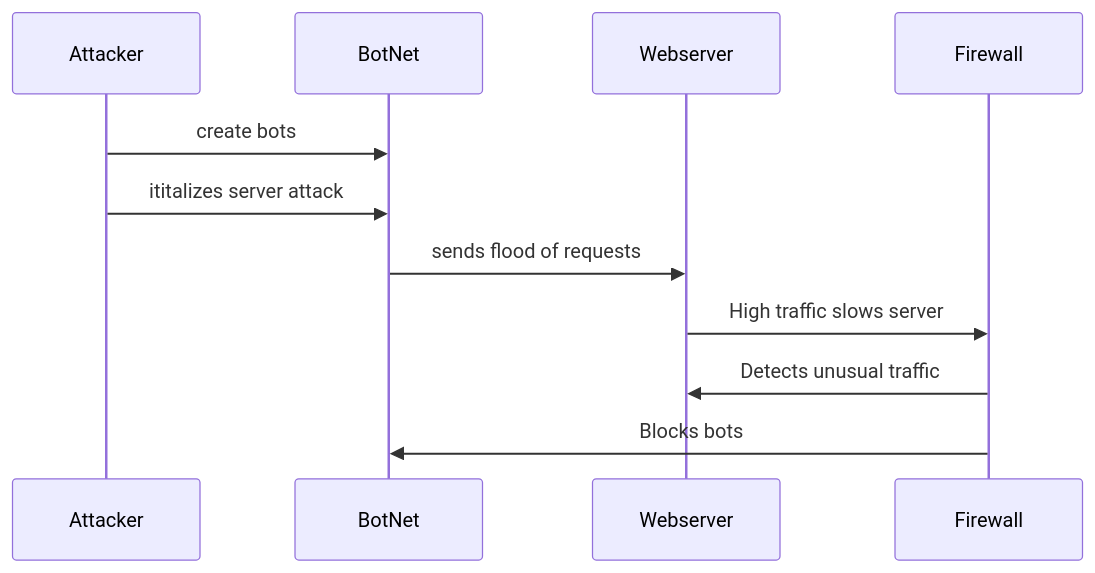
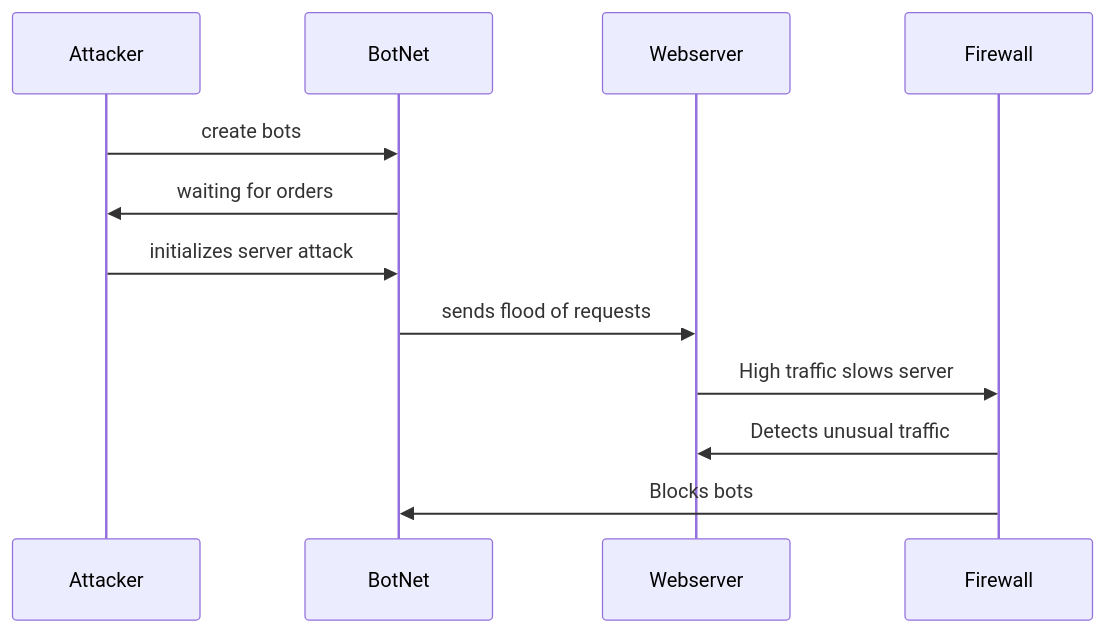
The diagram in DDoS_Attack_Sequence.md (G-Marotta/Flowchart), drawn with Mermaid before and after one commit. The commit also changed other lines of this file, not shown here.

````diff
--- a/DDoS_Attack_Sequence.md
+++ b/DDoS_Attack_Sequence.md
@@ -2,13 +2,14 @@
 ```mermaid
 sequenceDiagram
     participant Attacker
     participant BotNet
     participant Webserver
     participant Firewall
     Attacker->>BotNet: create bots
-    Attacker->>BotNet: ititalizes server attack
+    BotNet->>Attacker: waiting for orders
+    Attacker->>BotNet: initializes server attack
     BotNet->>Webserver: sends flood of requests
     Webserver->>Firewall: High traffic slows server
     Firewall->>Webserver: Detects unusual traffic
     Firewall->>BotNet: Blocks bots
 ```
````
